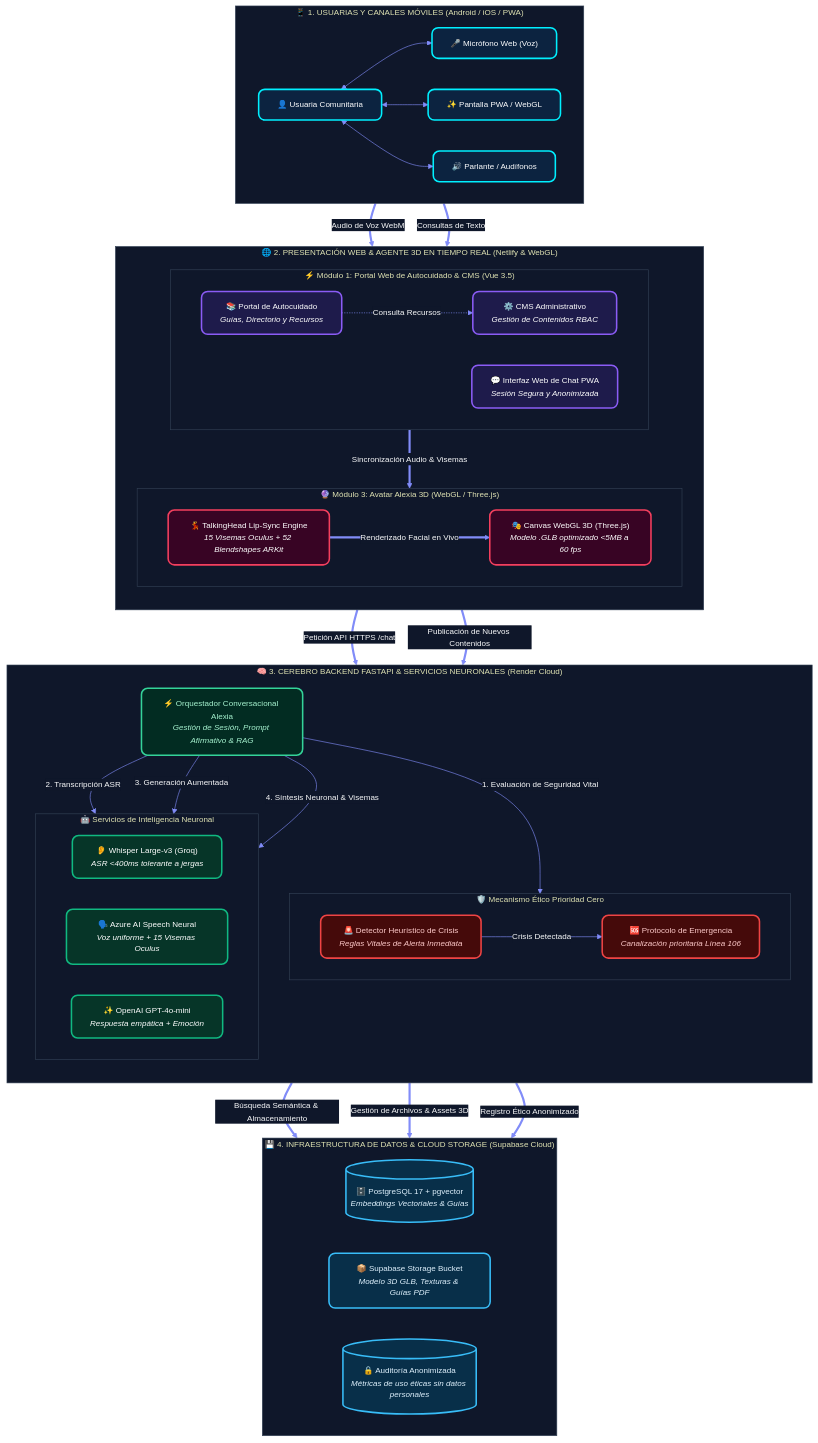
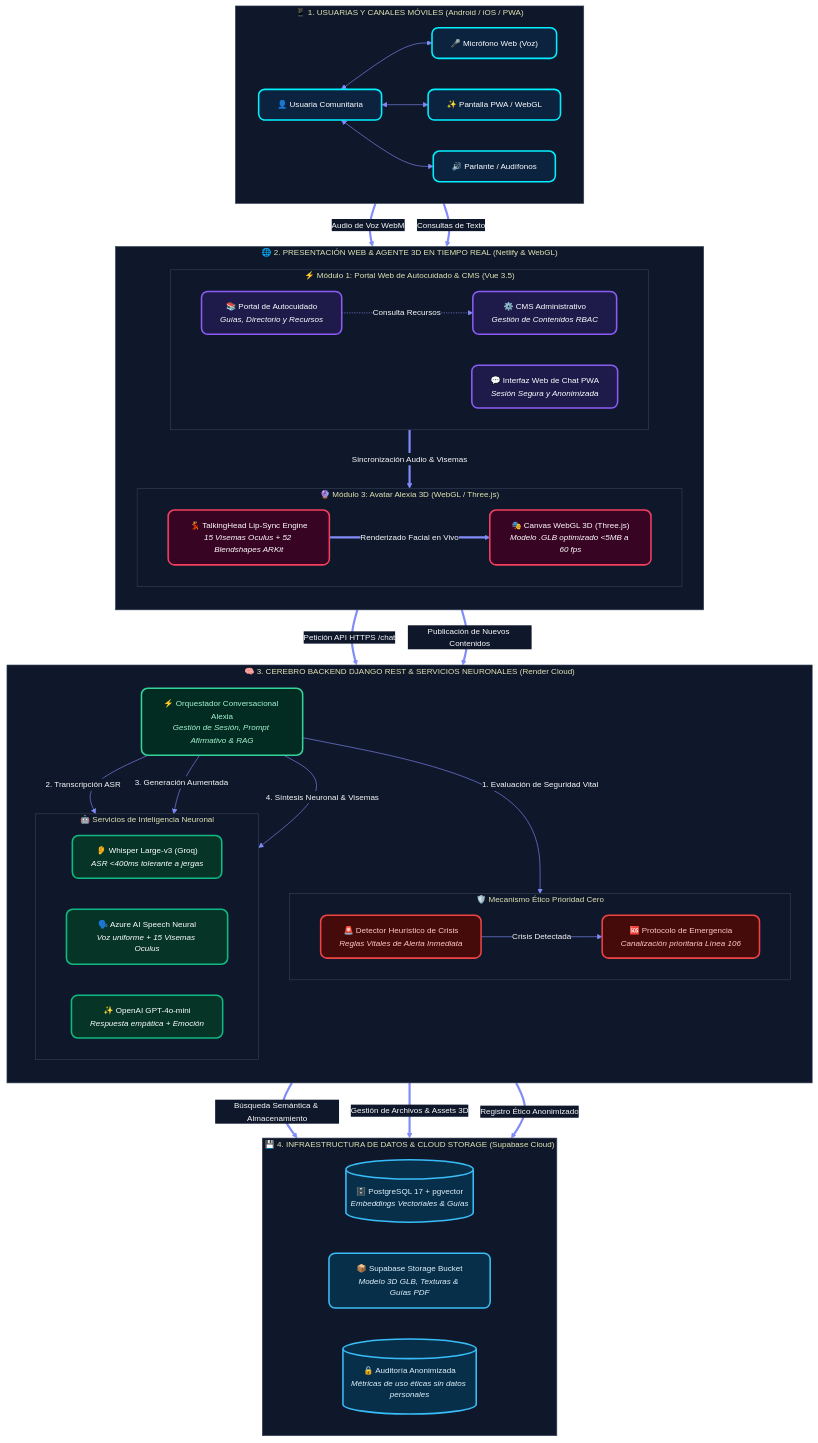
One commit to lxiadevproject-prog/lxia_be changed the diagram in docs/propuestas/arquitectura_transluz.mmd. Above: the diagram before and after it, drawn with Mermaid. The commit also changed 4 other files, not shown here.

Commit message:
fix: correct backend references from FastAPI to Django REST Framework across proposal and diagram

```diff
--- a/docs/propuestas/arquitectura_transluz.mmd
+++ b/docs/propuestas/arquitectura_transluz.mmd
@@ -1,111 +1,111 @@
 %%{init: {
   'theme': 'base',
   'themeVariables': {
     'background': '#0A0F1D',
     'primaryColor': '#111827',
     'primaryTextColor': '#F9FAFB',
     'primaryBorderColor': '#38BDF8',
     'lineColor': '#818CF8',
     'secondaryColor': '#0F172A',
     'tertiaryColor': '#1E1B4B',
     'clusterBkg': '#0F172A',
     'clusterBorder': '#334155',
     'defaultLinkColor': '#38BDF8',
     'fontFamily': 'Inter, system-ui, -apple-system, sans-serif',
     'fontSize': '13px'
   }
 }}%%
 flowchart TD
     %% Estilos Modernos Dark Cyber Pro (Vibrant Neon Glow)
     classDef clientCard fill:#0C2340,stroke:#00F0FF,stroke-width:2.5px,color:#FFFFFF,rx:10px;
     classDef m1Card fill:#1E1B4B,stroke:#8B5CF6,stroke-width:2.5px,color:#FFFFFF,rx:10px;
     classDef m3Card fill:#380424,stroke:#F43F5E,stroke-width:2.5px,color:#FFFFFF,rx:10px;
     classDef m2Card fill:#063528,stroke:#10B981,stroke-width:2.5px,color:#FFFFFF,rx:10px;
     classDef orchCard fill:#022C22,stroke:#34D399,stroke-width:2.5px,color:#A7F3D0,rx:10px;
     classDef crisisCard fill:#450A0A,stroke:#EF4444,stroke-width:2.5px,color:#FECACA,rx:10px;
     classDef dataCard fill:#082F49,stroke:#38BDF8,stroke-width:2.5px,color:#E0F2FE,rx:10px;
 
     %% 1. USUARIAS Y CANALES MÓVILES (TOP)
     subgraph L1 ["📱 1. USUARIAS Y CANALES MÓVILES (Android / iOS / PWA)"]
         direction LR
         U["👤 Usuaria Comunitaria"]
         MIC["🎤 Micrófono Web (Voz)"]
         UI["✨ Pantalla PWA / WebGL"]
         SPK["🔊 Parlante / Audífonos"]
         U <--> MIC
         U <--> UI
         U <--> SPK
     end
     class U,MIC,UI,SPK clientCard;
 
     %% 2. PRESENTACIÓN WEB Y AGENTE VIRTUAL 3D
     subgraph L2 ["🌐 2. PRESENTACIÓN WEB & AGENTE 3D EN TIEMPO REAL (Netlify & WebGL)"]
         direction TB
         subgraph M1_BOX ["⚡ Módulo 1: Portal Web de Autocuidado & CMS (Vue 3.5)"]
             direction LR
             PORTAL["📚 Portal de Autocuidado<br/><i>Guías, Directorio y Recursos</i>"]
             CMS["⚙️ CMS Administrativo<br/><i>Gestión de Contenidos RBAC</i>"]
             CHAT_UI["💬 Interfaz Web de Chat PWA<br/><i>Sesión Segura y Anonimizada</i>"]
         end
         subgraph M3_BOX ["🔮 Módulo 3: Avatar Alexia 3D (WebGL / Three.js)"]
             direction LR
             HEAD["💃 TalkingHead Lip-Sync Engine<br/><i>15 Visemas Oculus + 52 Blendshapes ARKit</i>"]
             CANVAS["🎭 Canvas WebGL 3D (Three.js)<br/><i>Modelo .GLB optimizado <5MB a 60 fps</i>"]
         end
     end
     class PORTAL,CMS,CHAT_UI m1Card;
     class HEAD,CANVAS m3Card;
 
-    %% 3. CEREBRO BACKEND FASTAPI & IA NEURONAL
-    subgraph L3 ["🧠 3. CEREBRO BACKEND FASTAPI & SERVICIOS NEURONALES (Render Cloud)"]
+    %% 3. CEREBRO BACKEND DJANGO REST & IA NEURONAL
+    subgraph L3 ["🧠 3. CEREBRO BACKEND DJANGO REST & SERVICIOS NEURONALES (Render Cloud)"]
         direction TB
         ORCH["⚡ Orquestador Conversacional Alexia<br/><i>Gestión de Sesión, Prompt Afirmativo & RAG</i>"]
 
         subgraph ETHICS_ROW ["🛡️ Mecanismo Ético Prioridad Cero"]
             direction LR
             SAFETY["🚨 Detector Heurístico de Crisis<br/><i>Reglas Vitales de Alerta Inmediata</i>"]
             LINE106["🆘 Protocolo de Emergencia<br/><i>Canalización prioritaria Línea 106</i>"]
         end
 
         subgraph AI_ROW ["🤖 Servicios de Inteligencia Neuronal"]
             direction LR
             WHISPER["👂 Whisper Large-v3 (Groq)<br/><i>ASR <400ms tolerante a jergas</i>"]
             AZURE["🗣️ Azure AI Speech Neural<br/><i>Voz uniforme + 15 Visemas Oculus</i>"]
             LLM["✨ OpenAI GPT-4o-mini<br/><i>Respuesta empática + Emoción</i>"]
         end
     end
     class ORCH orchCard;
     class WHISPER,AZURE,LLM m2Card;
     class SAFETY,LINE106 crisisCard;
 
     %% 4. CAPA DE DATOS Y STORAGE (BOTTOM)
     subgraph L4 ["💾 4. INFRAESTRUCTURA DE DATOS & CLOUD STORAGE (Supabase Cloud)"]
         direction LR
         PGVECTOR[("🗄️ PostgreSQL 17 + pgvector<br/><i>Embeddings Vectoriales & Guías</i>")]
         STORAGE["📦 Supabase Storage Bucket<br/><i>Modelo 3D GLB, Texturas & Guías PDF</i>"]
         AUDIT[("🔒 Auditoría Anonimizada<br/><i>Métricas de uso éticas sin datos personales</i>")]
     end
     class PGVECTOR,STORAGE,AUDIT dataCard;
 
     %% CONEXIONES DE CAPA A CAPA (Columna Vertebral Perfecta)
     MIC ==>|Audio de Voz WebM| CHAT_UI
     UI ==>|Consultas de Texto| CHAT_UI
     PORTAL -.->|Consulta Recursos| CMS
     CHAT_UI ==>|Sincronización Audio & Visemas| HEAD
     HEAD ==>|Renderizado Facial en Vivo| CANVAS
 
     %% Capa 2 a Capa 3
     CHAT_UI ==>|Petición API HTTPS /chat| ORCH
     CMS ==>|Publicación de Nuevos Contenidos| ORCH
 
     %% Enrutamiento Interno en Backend
     ORCH -->|1. Evaluación de Seguridad Vital| SAFETY
     SAFETY -->|Crisis Detectada| LINE106
     ORCH -->|2. Transcripción ASR| WHISPER
     ORCH -->|3. Generación Aumentada| LLM
     ORCH -->|4. Síntesis Neuronal & Visemas| AZURE
 
     %% Capa 3 a Capa 4
     ORCH ==>|Búsqueda Semántica & Almacenamiento| PGVECTOR
     ORCH ==>|Gestión de Archivos & Assets 3D| STORAGE
     ORCH ==>|Registro Ético Anonimizado| AUDIT
```
